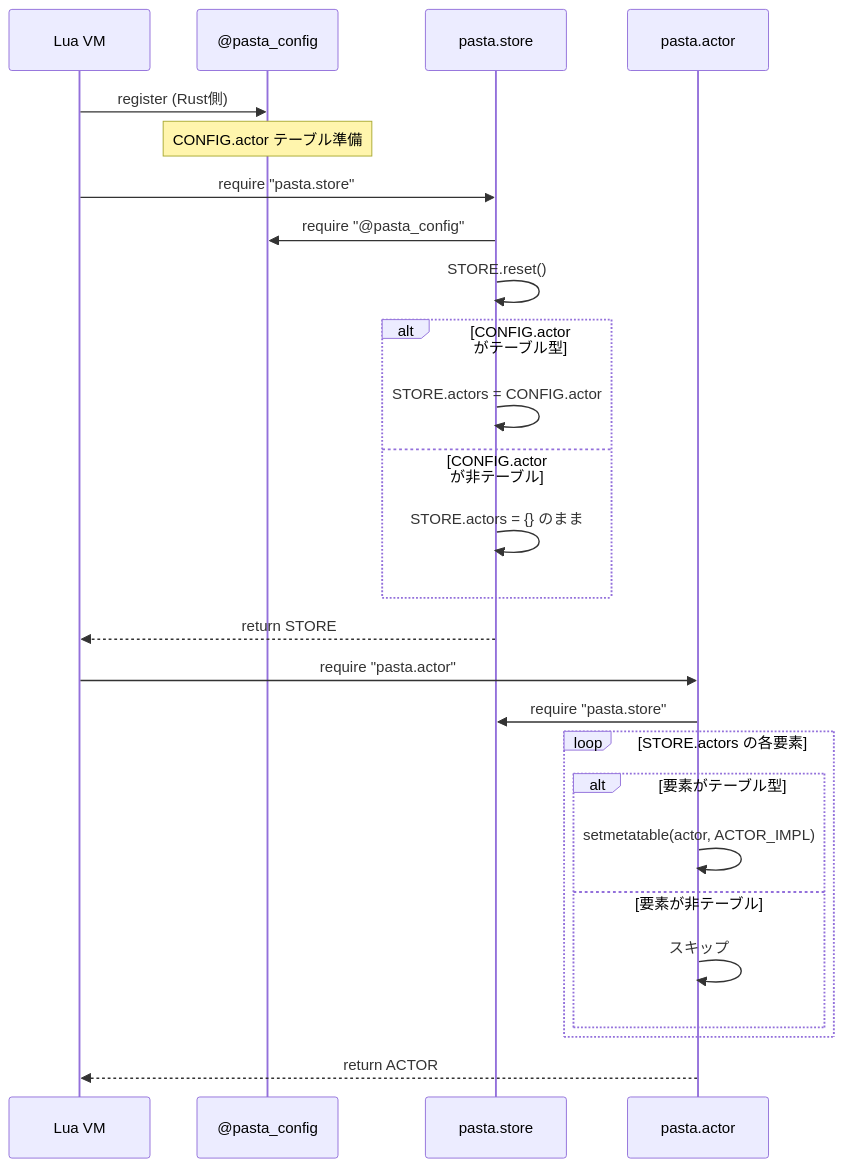
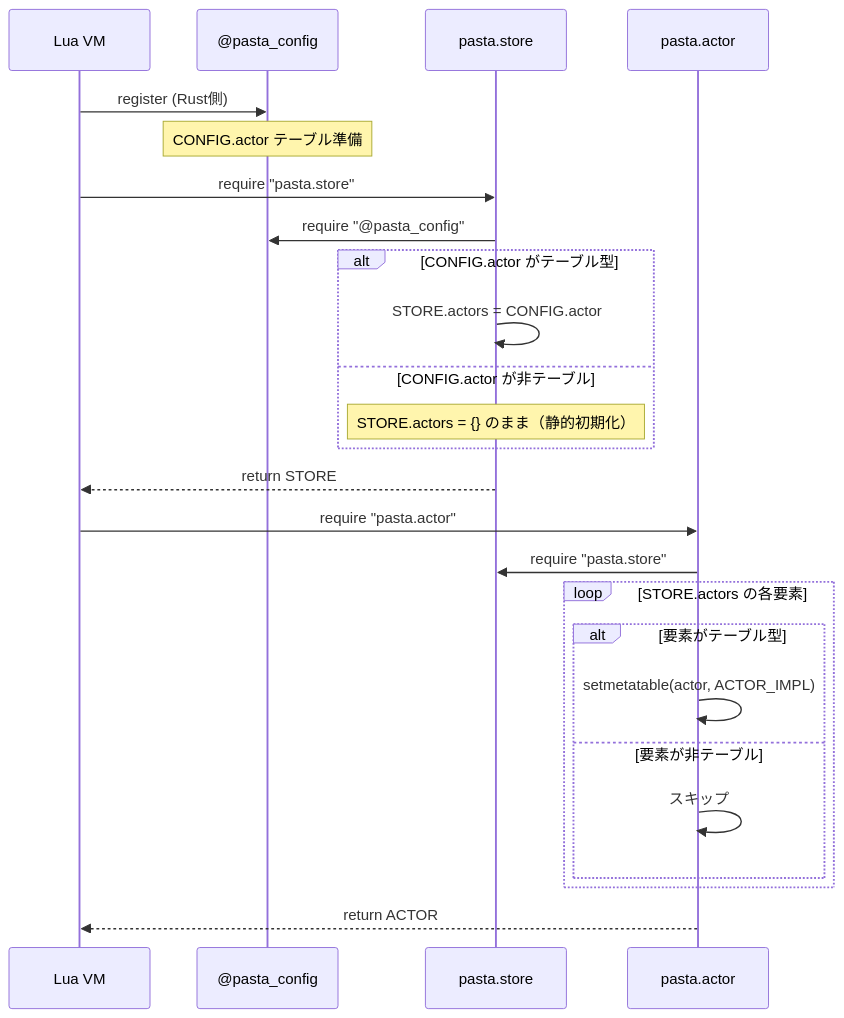
Before and after one commit to ekicyou/pasta: the second of 2 diagrams in .kiro/specs/config-actors-initialization/design.md, drawn with Mermaid. The commit also changed other lines of this file and 2 other files, not shown here.

Commit message:
refactor(spec): Remove STORE.reset() dependency from requirements and design

````diff
--- a/.kiro/specs/config-actors-initialization/design.md
+++ b/.kiro/specs/config-actors-initialization/design.md
@@ -69,31 +68,30 @@
 ```mermaid
 sequenceDiagram
     participant VM as Lua VM
     participant CFG as @pasta_config
     participant ST as pasta.store
     participant AC as pasta.actor
 
     VM->>CFG: register (Rust側)
     Note over CFG: CONFIG.actor テーブル準備
     
     VM->>ST: require "pasta.store"
     ST->>CFG: require "@pasta_config"
-    ST->>ST: STORE.reset()
     alt CONFIG.actor がテーブル型
         ST->>ST: STORE.actors = CONFIG.actor
     else CONFIG.actor が非テーブル
-        ST->>ST: STORE.actors = {} のまま
+        Note over ST: STORE.actors = {} のまま（静的初期化）
     end
     ST-->>VM: return STORE
     
     VM->>AC: require "pasta.actor"
     AC->>ST: require "pasta.store"
     loop STORE.actors の各要素
         alt 要素がテーブル型
             AC->>AC: setmetatable(actor, ACTOR_IMPL)
         else 要素が非テーブル
             AC->>AC: スキップ
         end
     end
     AC-->>VM: return ACTOR
 ```
````
